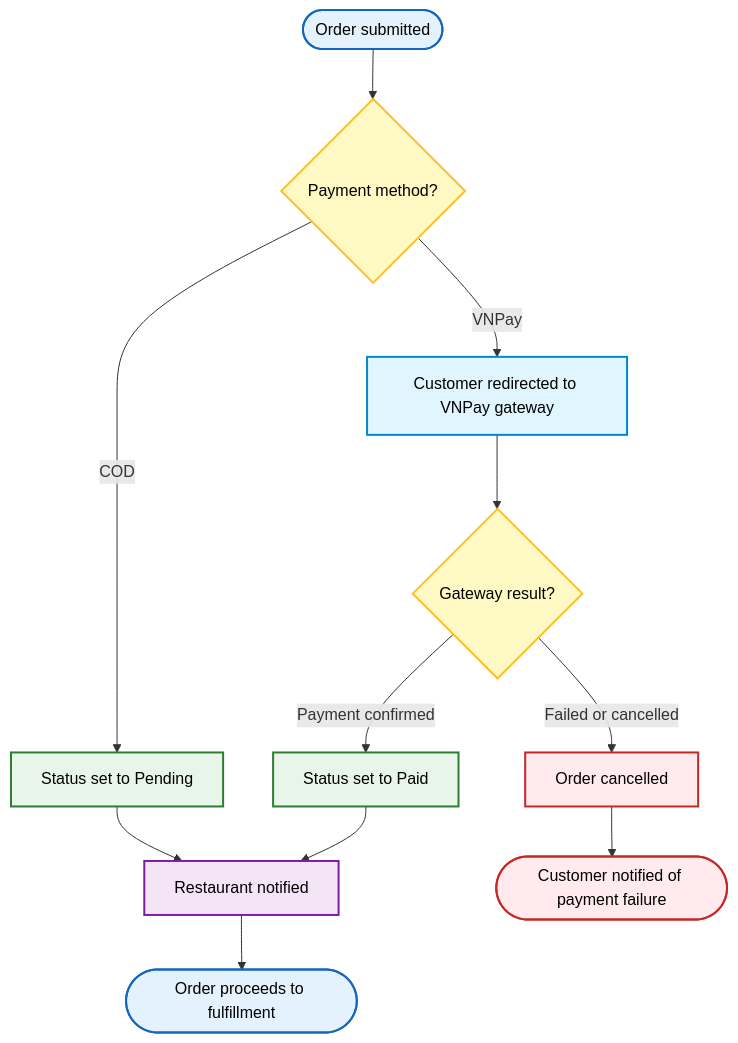
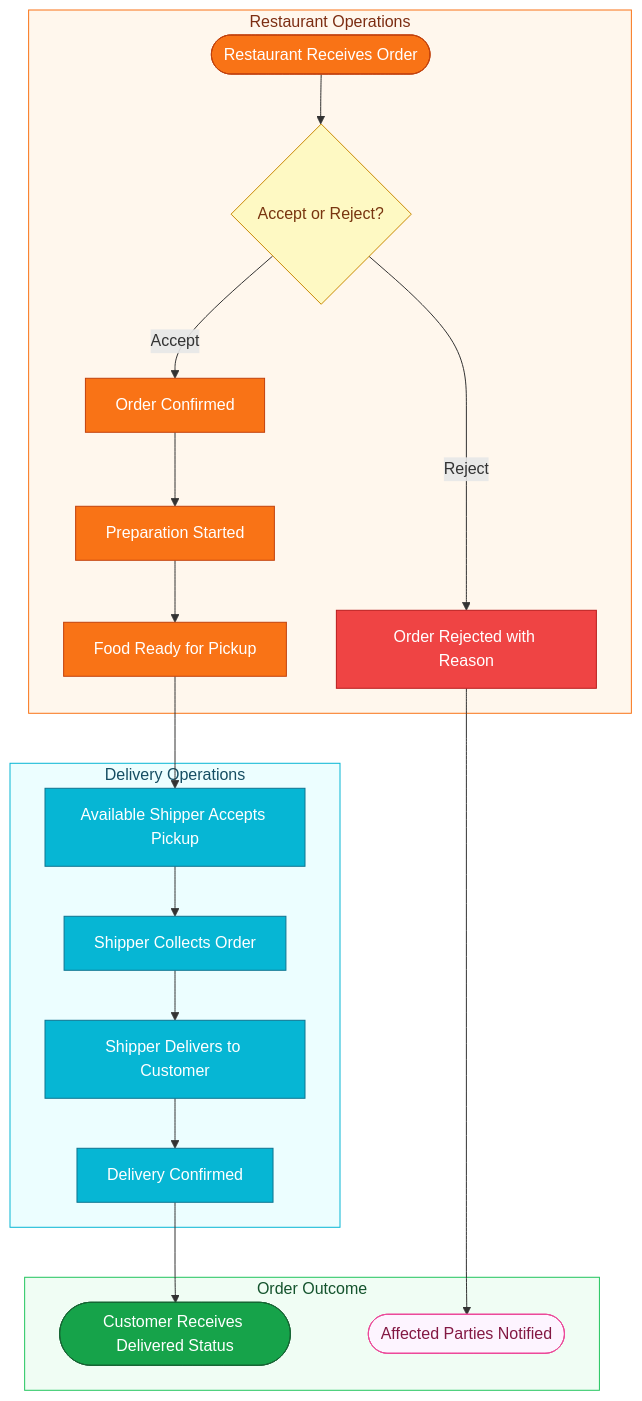
The fifth of 7 diagrams in apps/api/docs/Final_Documents/BRD.md (luubinhdeptrai/Food_Delivery), drawn with Mermaid before and after one commit. The commit also changed other lines of this file, not shown here.

````diff
--- a/apps/api/docs/Final_Documents/BRD.md
+++ b/apps/api/docs/Final_Documents/BRD.md
@@ -398,38 +543,46 @@
 ```mermaid
 flowchart TD
-    %% Định nghĩa các node
-    A([Order submitted])
-    B{Payment method?}
-    C[Status set to Pending]
-    D[Customer redirected to VNPay gateway]
-    E{Gateway result?}
-    F[Status set to Paid]
-    G[Order cancelled]
-    H[Restaurant notified]
-    I([Customer notified of payment failure])
-    J([Order proceeds to fulfillment])
+    subgraph RestaurantOps["Restaurant Operations"]
+        A(["Restaurant Receives Order"])
+        B{"Accept or Reject?"}
+        C["Order Confirmed"]
+        D["Preparation Started"]
+        E["Food Ready for Pickup"]
+        K["Order Rejected with Reason"]
+    end
 
-    %% Giữ nguyên các kết nối và nhãn (labels)
+    subgraph DeliveryOps["Delivery Operations"]
+        F["Available Shipper Accepts Pickup"]
+        G["Shipper Collects Order"]
+        H["Shipper Delivers to Customer"]
+        I["Delivery Confirmed"]
+    end
+
+    subgraph OrderOutcome["Order Outcome"]
+        J(["Customer Receives Delivered Status"])
+        L(["Affected Parties Notified"])
+    end
+
     A --> B
-    B -->|COD| C
-    B -->|VNPay| D
-    D --> E
-    E -->|Payment confirmed| F
-    E -->|Failed or cancelled| G
-    C --> H
-    F --> H
-    G --> I
-    H --> J
+    B -->|"Accept"| C --> D --> E --> F
+    B -->|"Reject"| K --> L
+    F --> G --> H --> I --> J
 
-    %% Styling: Đổ màu chuyên nghiệp và ép chữ đen
-    style A fill:#E3F2FD,stroke:#1565C0,stroke-width:2px,color:#000
-    style B fill:#FFF9C4,stroke:#FBC02D,stroke-width:2px,color:#000
-    style C fill:#E8F5E9,stroke:#2E7D32,stroke-width:2px,color:#000
-    style D fill:#E1F5FE,stroke:#0288D1,stroke-width:2px,color:#000
-    style E fill:#FFF9C4,stroke:#FBC02D,stroke-width:2px,color:#000
-    style F fill:#E8F5E9,stroke:#2E7D32,stroke-width:2px,color:#000
-    style G fill:#FFEBEE,stroke:#C62828,stroke-width:2px,color:#000
-    style H fill:#F3E5F5,stroke:#7B1FA2,stroke-width:2px,color:#000
-    style I fill:#FFEBEE,stroke:#C62828,stroke-width:2px,color:#000
-    style J fill:#E3F2FD,stroke:#1565C0,stroke-width:2px,color:#000
+    classDef restaurantNode fill:#F97316,stroke:#C2410C,color:#fff
+    classDef deliveryNode fill:#06B6D4,stroke:#0E7490,color:#fff
+    classDef decisionNode fill:#FEF9C3,stroke:#CA8A04,color:#78350F
+    classDef successNode fill:#16A34A,stroke:#166534,color:#fff
+    classDef failureNode fill:#EF4444,stroke:#B91C1C,color:#fff
+    classDef notifyNode fill:#FDF4FF,stroke:#EC4899,color:#831843
+
+    class A,C,D,E restaurantNode
+    class B decisionNode
+    class F,G,H,I deliveryNode
+    class J successNode
+    class K failureNode
+    class L notifyNode
+
+    style RestaurantOps fill:#FFF7ED,stroke:#F97316,color:#7C2D12
+    style DeliveryOps fill:#ECFEFF,stroke:#06B6D4,color:#164E63
+    style OrderOutcome fill:#F0FDF4,stroke:#22C55E,color:#14532D
 ```
````
